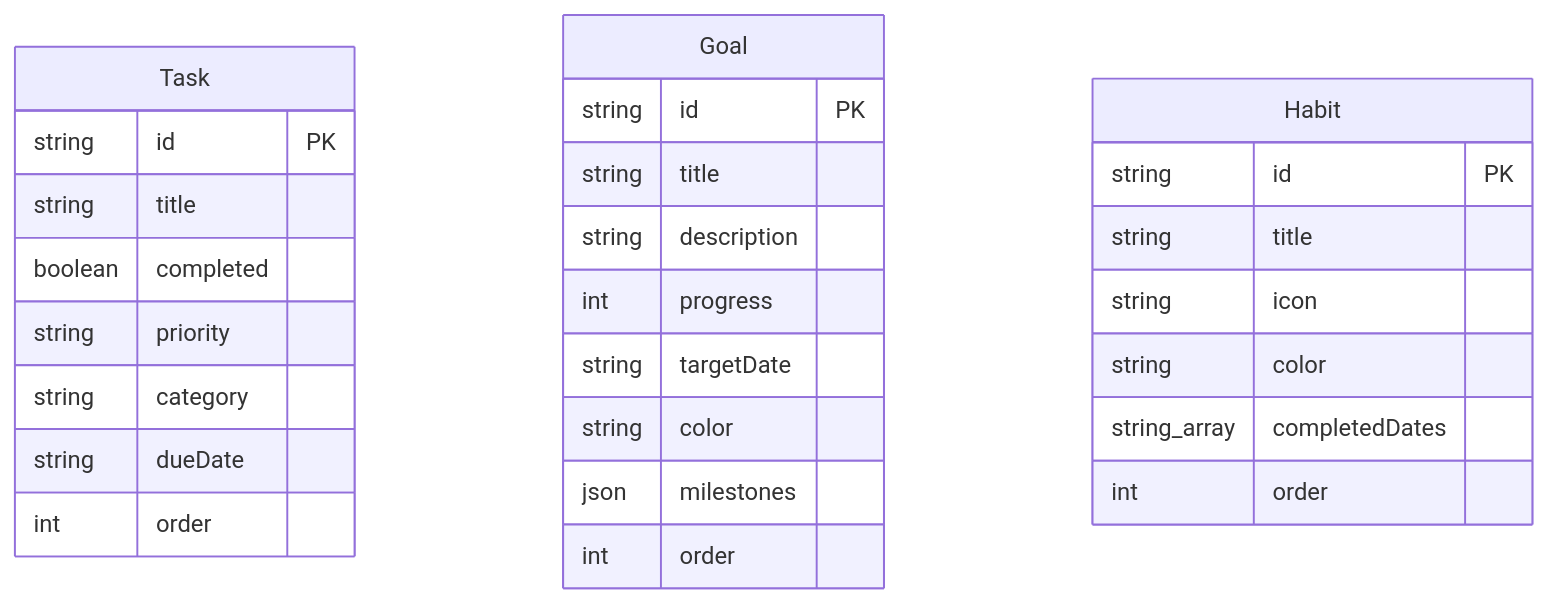
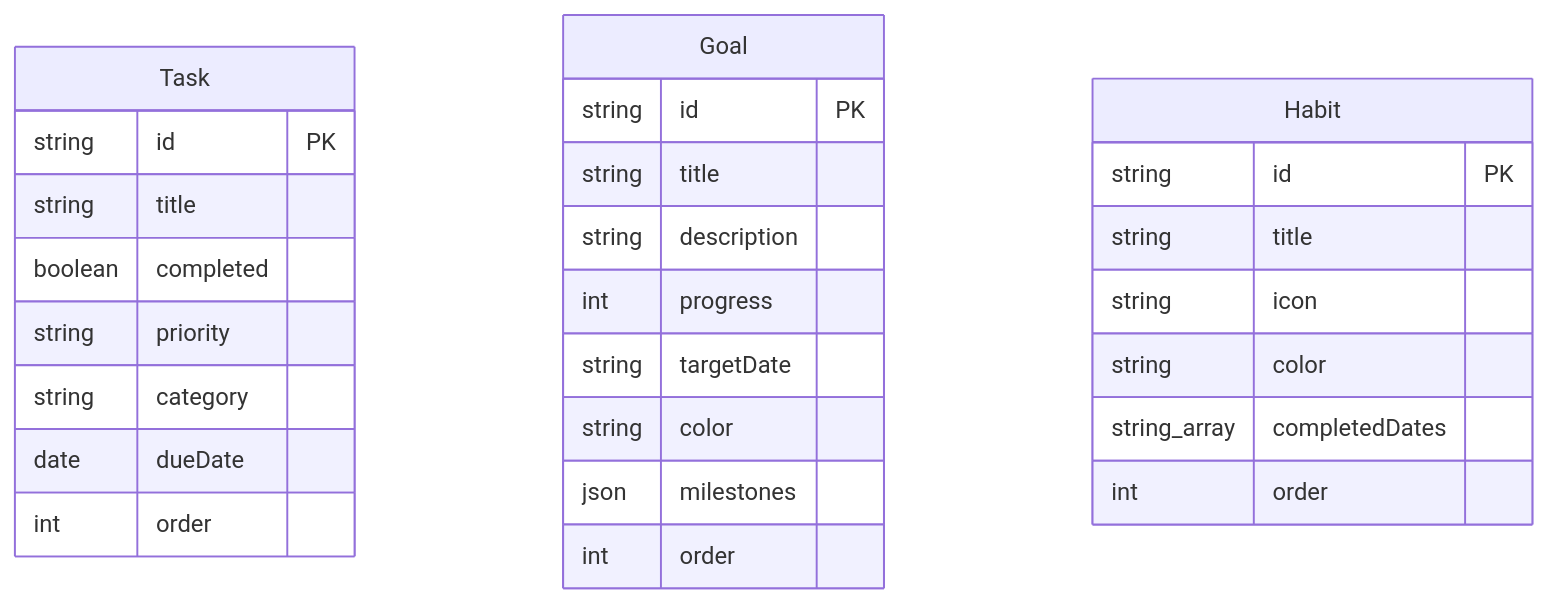
The diagram in docs/ARCHITECTURE.md (Elf1movv/TaskTrackerNew), drawn with Mermaid before and after one commit. The commit also changed other lines of this file and 9 other files, not shown here.

````diff
--- a/docs/ARCHITECTURE.md
+++ b/docs/ARCHITECTURE.md
@@ -143,30 +143,30 @@
 ```mermaid
 erDiagram
     Task {
         string id PK
         string title
         boolean completed
         string priority
         string category
-        string dueDate
+        date dueDate
         int order
     }
     Goal {
         string id PK
         string title
         string description
         int progress
         string targetDate
         string color
         json milestones
         int order
     }
     Habit {
         string id PK
         string title
         string icon
         string color
         string_array completedDates
         int order
     }
 ```
````
